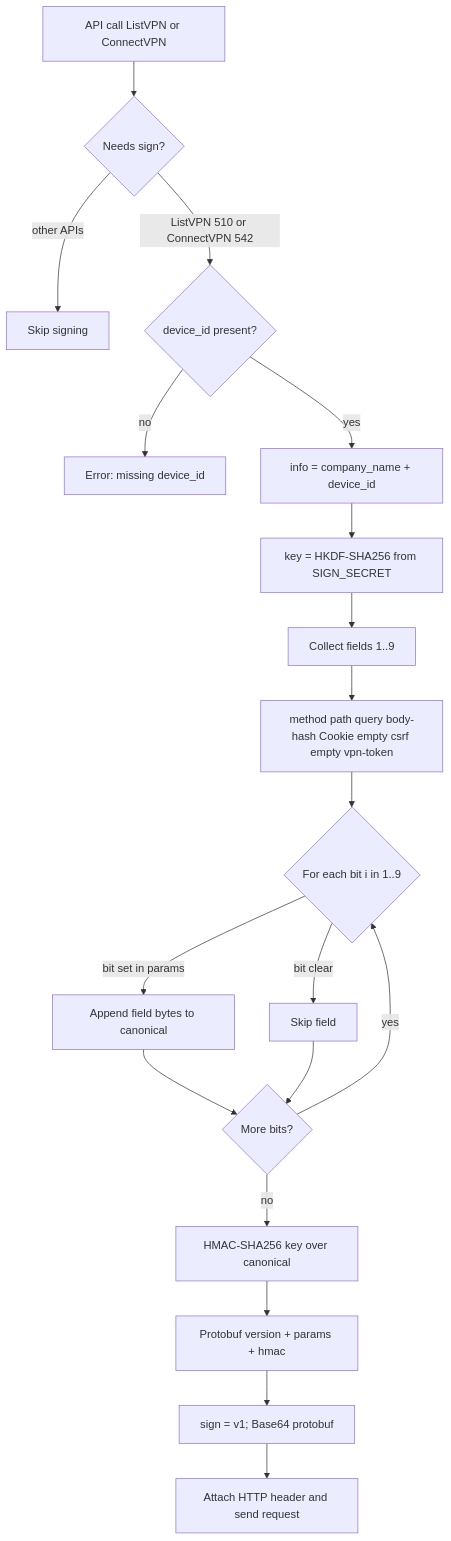
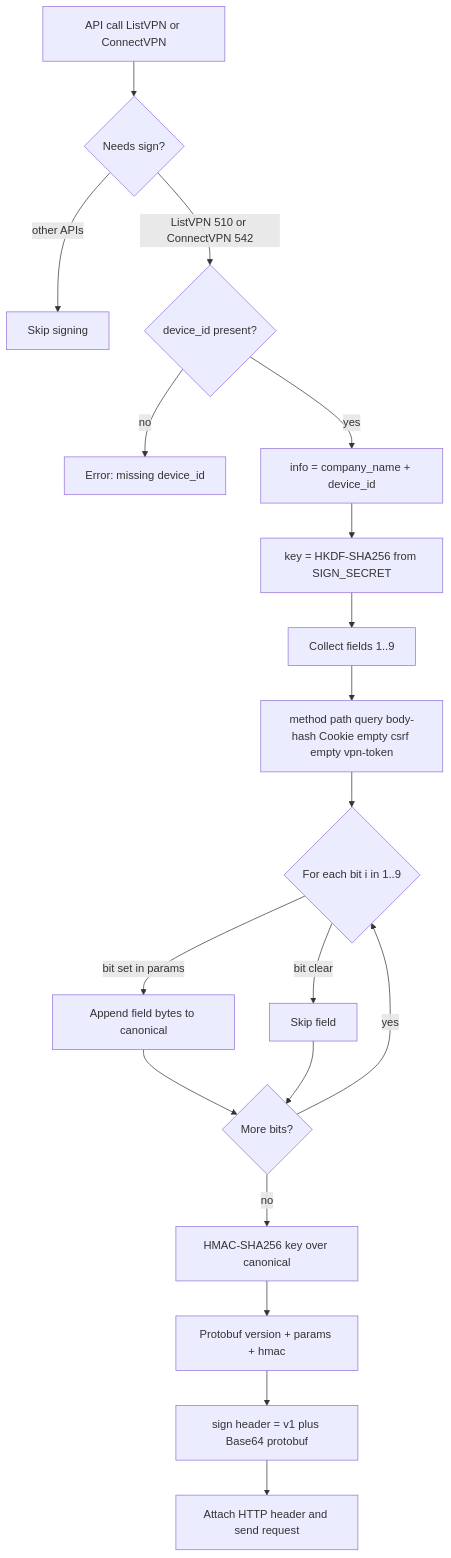
The first of 3 diagrams in docs/request-signature.md (loveyana/corplink-rs), drawn with Mermaid before and after one commit. The commit also changed other lines of this file, not shown here.

First line of the commit message:
docs: fix Mermaid parse by removing semicolons in labels

````diff
--- a/docs/request-signature.md
+++ b/docs/request-signature.md
@@ -170,21 +170,21 @@
 ```mermaid
 flowchart TD
     A[API call ListVPN or ConnectVPN] --> B{Needs sign?}
     B -->|other APIs| Z[Skip signing]
     B -->|ListVPN 510 or ConnectVPN 542| C{device_id present?}
     C -->|no| E1[Error: missing device_id]
     C -->|yes| D[info = company_name + device_id]
     D --> F[key = HKDF-SHA256 from SIGN_SECRET]
     F --> G[Collect fields 1..9]
     G --> H[method path query body-hash Cookie empty csrf empty vpn-token]
     H --> I{For each bit i in 1..9}
     I -->|bit set in params| J[Append field bytes to canonical]
     I -->|bit clear| K[Skip field]
     J --> L
     K --> L
     L{More bits?} -->|yes| I
     L -->|no| M[HMAC-SHA256 key over canonical]
     M --> N[Protobuf version + params + hmac]
-    N --> O[sign = v1; Base64 protobuf]
+    N --> O[sign header = v1 plus Base64 protobuf]
     O --> P[Attach HTTP header and send request]
 ```
````
